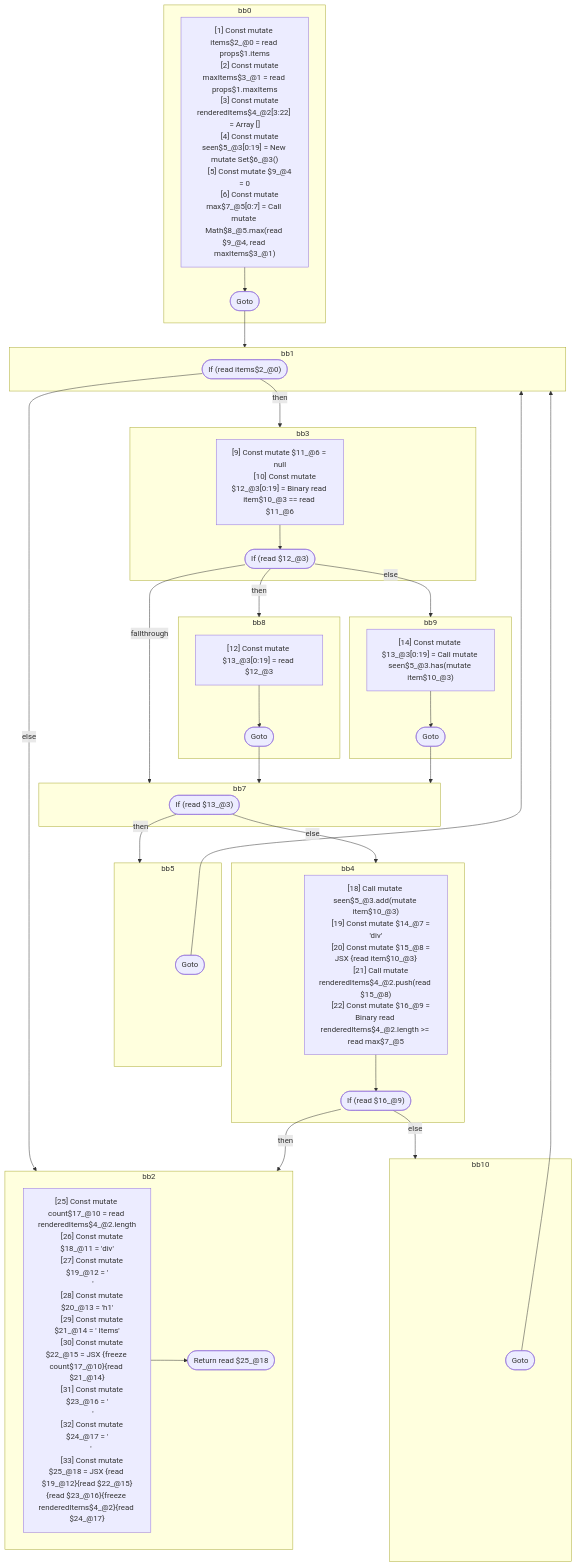
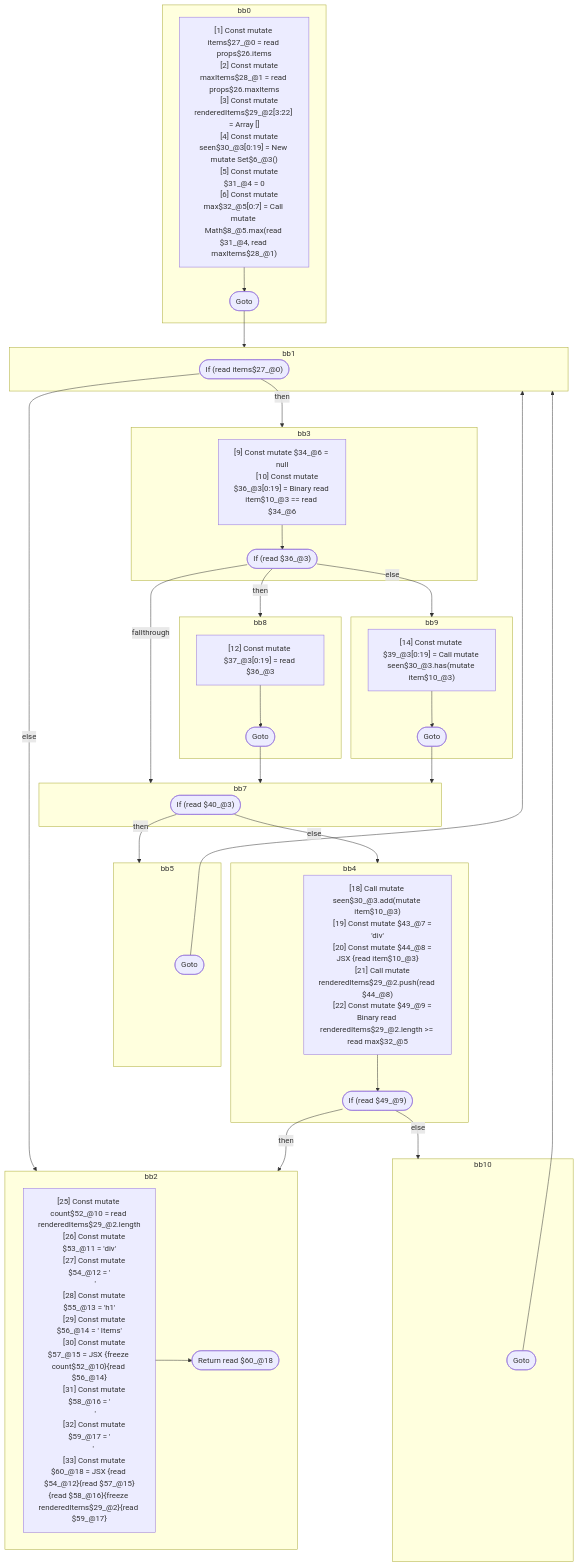
One commit to wutsmog/private changed the diagram in compiler/forget/src/__tests__/fixtures/hir/component.expect.md. Above: the diagram before and after it, drawn with Mermaid. The commit also changed other lines of this file and 59 other files, not shown here.

```diff
--- a/compiler/forget/src/__tests__/fixtures/hir/component.expect.md
+++ b/compiler/forget/src/__tests__/fixtures/hir/component.expect.md
@@ -96,69 +97,69 @@
   %% Basic Blocks
   subgraph bb0
     bb0_instrs["
-      [1] Const mutate items$2_@0 = read props$1.items
-      [2] Const mutate maxItems$3_@1 = read props$1.maxItems
-      [3] Const mutate renderedItems$4_@2[3:22] = Array []
-      [4] Const mutate seen$5_@3[0:19] = New mutate Set$6_@3()
-      [5] Const mutate $9_@4 = 0
-      [6] Const mutate max$7_@5[0:7] = Call mutate Math$8_@5.max(read $9_@4, read maxItems$3_@1)
+      [1] Const mutate items$27_@0 = read props$26.items
+      [2] Const mutate maxItems$28_@1 = read props$26.maxItems
+      [3] Const mutate renderedItems$29_@2[3:22] = Array []
+      [4] Const mutate seen$30_@3[0:19] = New mutate Set$6_@3()
+      [5] Const mutate $31_@4 = 0
+      [6] Const mutate max$32_@5[0:7] = Call mutate Math$8_@5.max(read $31_@4, read maxItems$28_@1)
     "]
     bb0_instrs --> bb0_terminal(["Goto"])
   end
   subgraph bb1
-    bb1_terminal(["If (read items$2_@0)"])
+    bb1_terminal(["If (read items$27_@0)"])
   end
   subgraph bb3
     bb3_instrs["
-      [9] Const mutate $11_@6 = null
-      [10] Const mutate $12_@3[0:19] = Binary read item$10_@3 == read $11_@6
+      [9] Const mutate $34_@6 = null
+      [10] Const mutate $36_@3[0:19] = Binary read item$10_@3 == read $34_@6
     "]
-    bb3_instrs --> bb3_terminal(["If (read $12_@3)"])
+    bb3_instrs --> bb3_terminal(["If (read $36_@3)"])
   end
   subgraph bb8
     bb8_instrs["
-      [12] Const mutate $13_@3[0:19] = read $12_@3
+      [12] Const mutate $37_@3[0:19] = read $36_@3
     "]
     bb8_instrs --> bb8_terminal(["Goto"])
   end
   subgraph bb9
     bb9_instrs["
-      [14] Const mutate $13_@3[0:19] = Call mutate seen$5_@3.has(mutate item$10_@3)
+      [14] Const mutate $39_@3[0:19] = Call mutate seen$30_@3.has(mutate item$10_@3)
     "]
     bb9_instrs --> bb9_terminal(["Goto"])
   end
   subgraph bb7
-    bb7_terminal(["If (read $13_@3)"])
+    bb7_terminal(["If (read $40_@3)"])
   end
   subgraph bb5
     bb5_terminal(["Goto"])
   end
   subgraph bb4
     bb4_instrs["
-      [18] Call mutate seen$5_@3.add(mutate item$10_@3)
-      [19] Const mutate $14_@7 = 'div'
-      [20] Const mutate $15_@8 = JSX <read $14_@7>{read item$10_@3}</read $14_@7>
-      [21] Call mutate renderedItems$4_@2.push(read $15_@8)
-      [22] Const mutate $16_@9 = Binary read renderedItems$4_@2.length >= read max$7_@5
+      [18] Call mutate seen$30_@3.add(mutate item$10_@3)
+      [19] Const mutate $43_@7 = 'div'
+      [20] Const mutate $44_@8 = JSX <read $43_@7>{read item$10_@3}</read $43_@7>
+      [21] Call mutate renderedItems$29_@2.push(read $44_@8)
+      [22] Const mutate $49_@9 = Binary read renderedItems$29_@2.length >= read max$32_@5
     "]
-    bb4_instrs --> bb4_terminal(["If (read $16_@9)"])
+    bb4_instrs --> bb4_terminal(["If (read $49_@9)"])
   end
   subgraph bb10
     bb10_terminal(["Goto"])
   end
   subgraph bb2
     bb2_instrs["
-      [25] Const mutate count$17_@10 = read renderedItems$4_@2.length
-      [26] Const mutate $18_@11 = 'div'
-      [27] Const mutate $19_@12 = '\n      '
-      [28] Const mutate $20_@13 = 'h1'
-      [29] Const mutate $21_@14 = ' Items'
-      [30] Const mutate $22_@15 = JSX <read $20_@13>{freeze count$17_@10}{read $21_@14}</read $20_@13>
-      [31] Const mutate $23_@16 = '\n      '
-      [32] Const mutate $24_@17 = '\n    '
-      [33] Const mutate $25_@18 = JSX <read $18_@11>{read $19_@12}{read $22_@15}{read $23_@16}{freeze renderedItems$4_@2}{read $24_@17}</read $18_@11>
+      [25] Const mutate count$52_@10 = read renderedItems$29_@2.length
+      [26] Const mutate $53_@11 = 'div'
+      [27] Const mutate $54_@12 = '\n      '
+      [28] Const mutate $55_@13 = 'h1'
+      [29] Const mutate $56_@14 = ' Items'
+      [30] Const mutate $57_@15 = JSX <read $55_@13>{freeze count$52_@10}{read $56_@14}</read $55_@13>
+      [31] Const mutate $58_@16 = '\n      '
+      [32] Const mutate $59_@17 = '\n    '
+      [33] Const mutate $60_@18 = JSX <read $53_@11>{read $54_@12}{read $57_@15}{read $58_@16}{freeze renderedItems$29_@2}{read $59_@17}</read $53_@11>
     "]
-    bb2_instrs --> bb2_terminal(["Return read $25_@18"])
+    bb2_instrs --> bb2_terminal(["Return read $60_@18"])
   end
 
   %% Jumps
```
